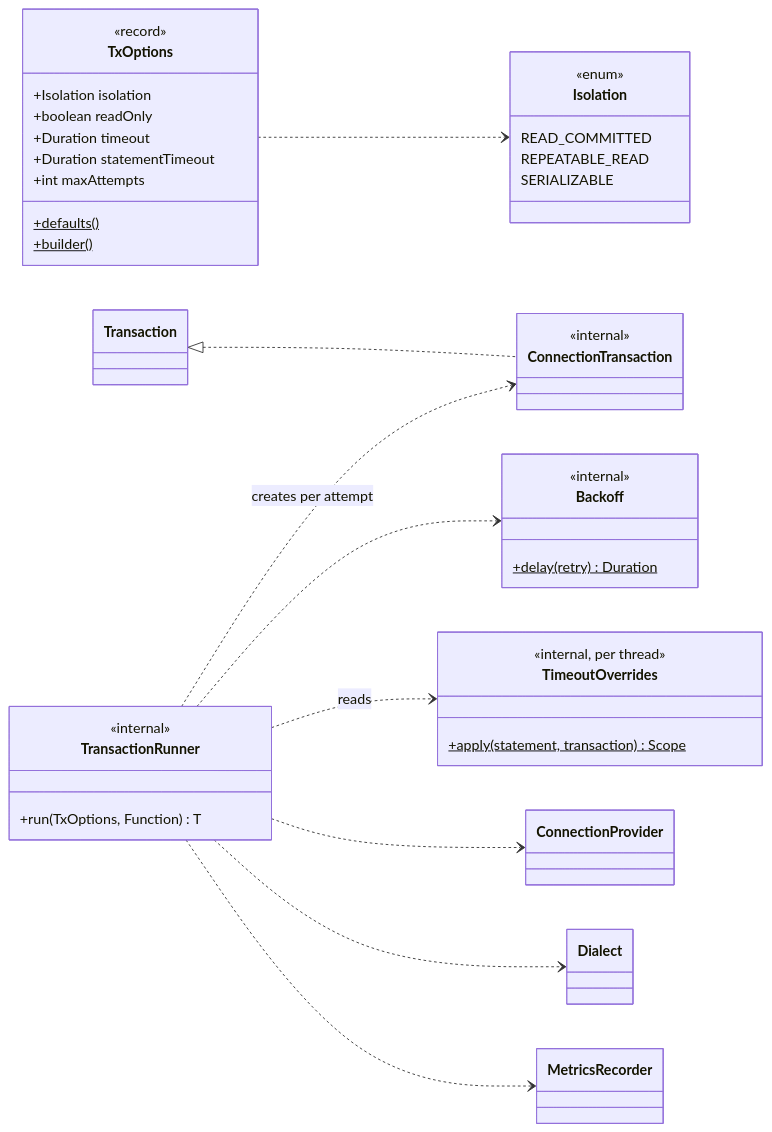
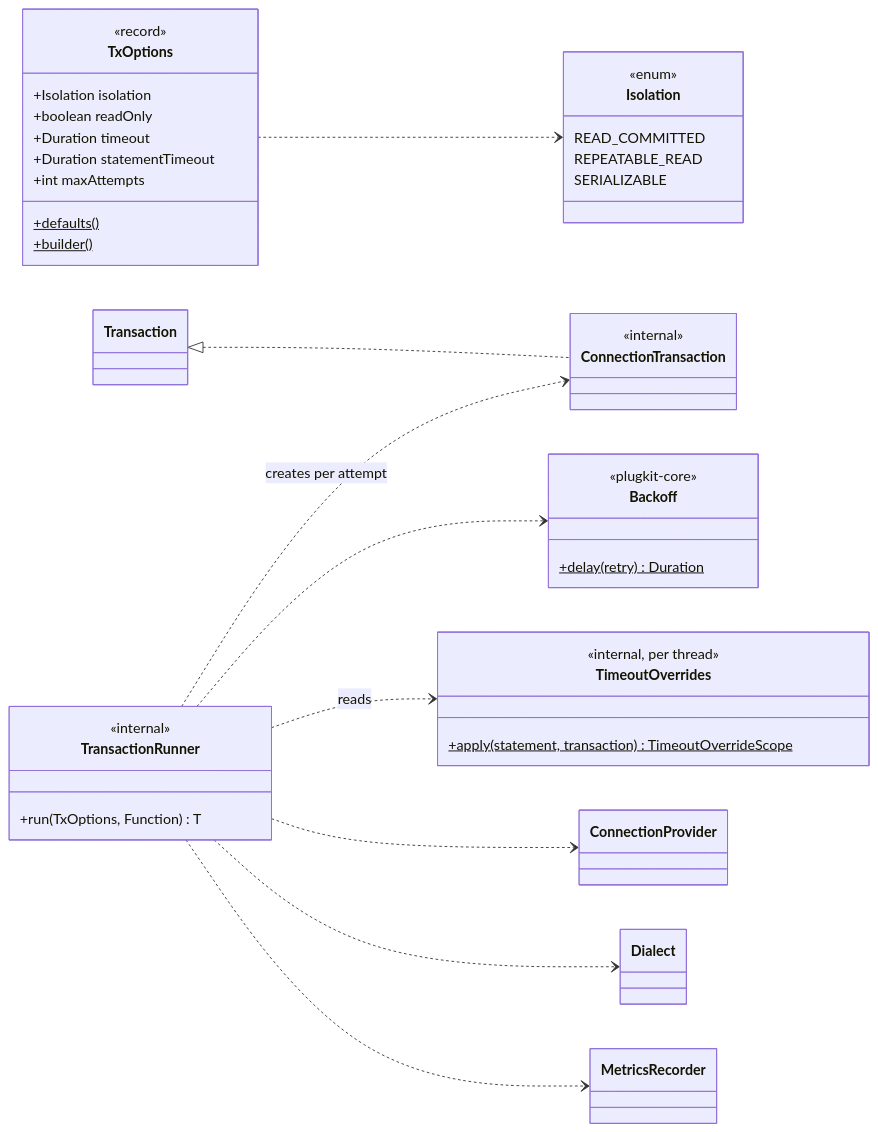
Before and after one commit to varnit-ta/plugkit-util: the third of 6 diagrams in plugkit-db/docs/adr/0004-running-sql.md, drawn with Mermaid. The commit also changed 76 other files, not shown here.

First line of the commit message:
refactor: extract plugkit-core and tidy naming and structure

````diff
--- a/plugkit-db/docs/adr/0004-running-sql.md
+++ b/plugkit-db/docs/adr/0004-running-sql.md
@@ -185,43 +185,43 @@
 ```mermaid
 classDiagram
     direction LR
     class TxOptions {
         <<record>>
         +Isolation isolation
         +boolean readOnly
         +Duration timeout
         +Duration statementTimeout
         +int maxAttempts
         +defaults()$
         +builder()$
     }
     class Isolation {
         <<enum>>
         READ_COMMITTED
         REPEATABLE_READ
         SERIALIZABLE
     }
     class TransactionRunner {
         <<internal>>
         +run(TxOptions, Function) T
     }
     class ConnectionTransaction {
         <<internal>>
     }
     class Backoff {
-        <<internal>>
+        <<plugkit-core>>
         +delay(retry)$ Duration
     }
     class TimeoutOverrides {
         <<internal, per thread>>
-        +apply(statement, transaction)$ Scope
+        +apply(statement, transaction)$ TimeoutOverrideScope
     }
     Transaction <|.. ConnectionTransaction
     TransactionRunner ..> ConnectionTransaction : creates per attempt
     TransactionRunner ..> Backoff
     TransactionRunner ..> TimeoutOverrides : reads
     TransactionRunner ..> ConnectionProvider
     TransactionRunner ..> Dialect
     TransactionRunner ..> MetricsRecorder
     TxOptions ..> Isolation
 ```
````
